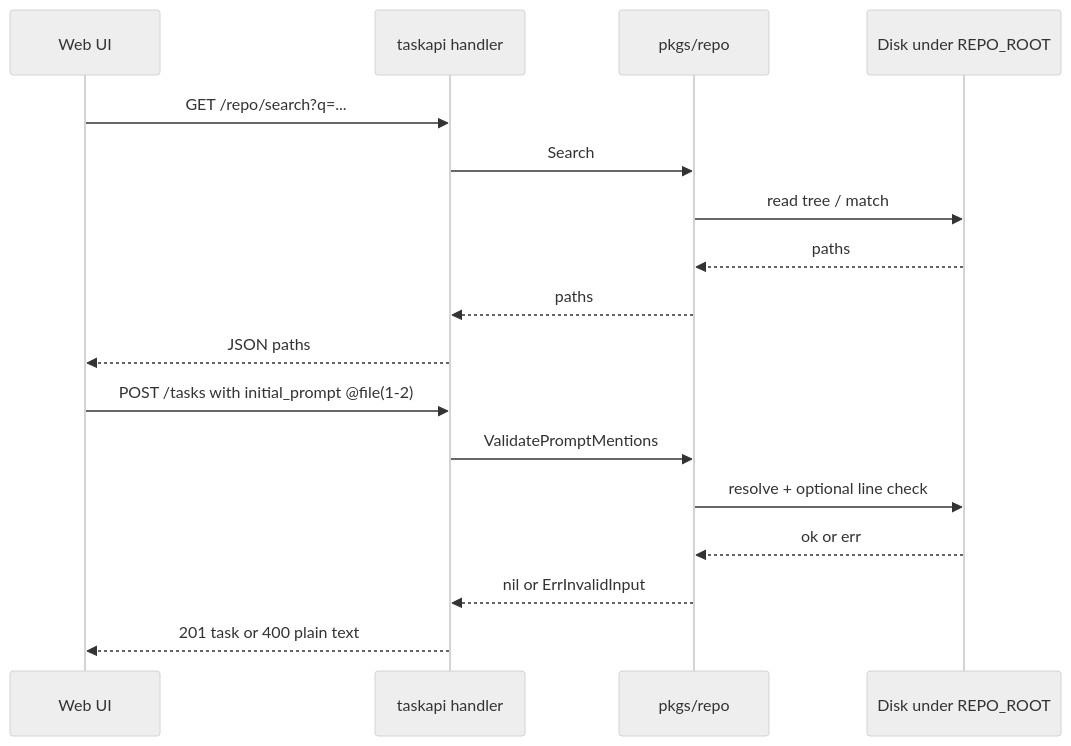
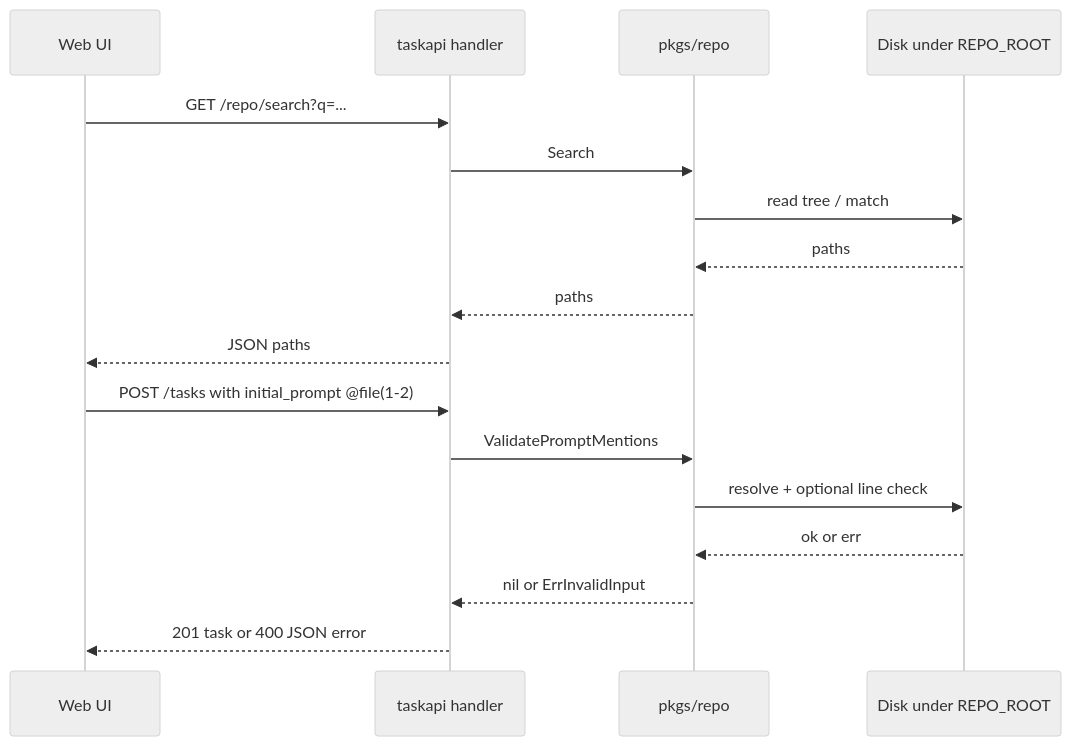
The seventh of 8 diagrams in docs/DESIGN.md (AlexsanderHamir/T2A), drawn with Mermaid (neutral theme) before and after one commit. The commit also changed other lines of this file and 8 other files, not shown here.

````diff
--- a/docs/DESIGN.md
+++ b/docs/DESIGN.md
@@ -303,21 +304,21 @@
 ```mermaid
 sequenceDiagram
   participant UI as Web UI
   participant API as taskapi handler
   participant R as pkgs/repo
   participant FS as Disk under REPO_ROOT
 
   UI->>API: GET /repo/search?q=...
   API->>R: Search
   R->>FS: read tree / match
   FS-->>R: paths
   R-->>API: paths
   API-->>UI: JSON paths
 
   UI->>API: POST /tasks with initial_prompt @file(1-2)
   API->>R: ValidatePromptMentions
   R->>FS: resolve + optional line check
   FS-->>R: ok or err
   R-->>API: nil or ErrInvalidInput
-  API-->>UI: 201 task or 400 plain text
+  API-->>UI: 201 task or 400 JSON error
 ```
````
